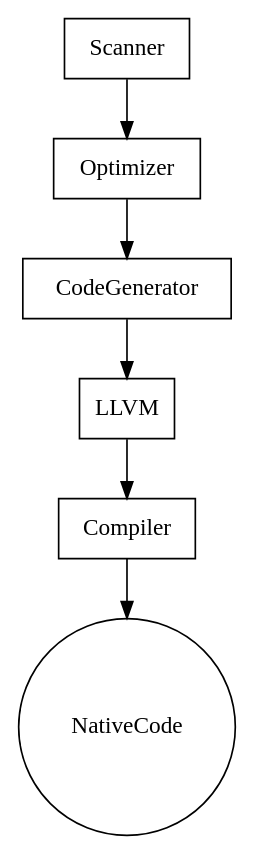
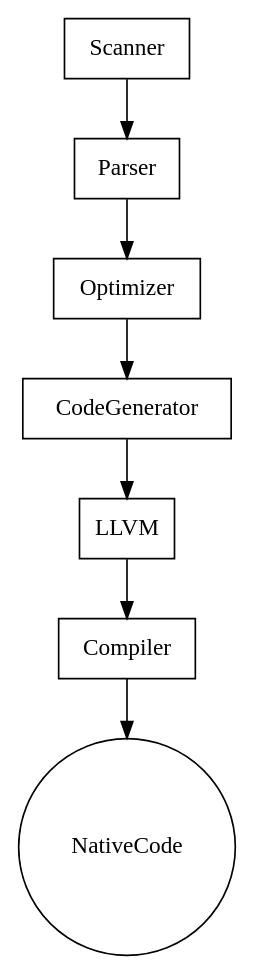
One commit to MaximeGaudin/YABOC changed the diagram in doc/src/img/Architecture.dot. Above: the diagram before and after it, drawn with Graphviz. The commit also changed 7 other files, not shown here.

```diff
--- a/doc/src/img/Architecture.dot
+++ b/doc/src/img/Architecture.dot
@@ -1,11 +1,12 @@
 digraph G{
 	node [shape=box];
 
-	Scanner->Optimizer;
+	Scanner->Parser;
+	Parser->Optimizer;
 	Optimizer->CodeGenerator;
 	CodeGenerator->LLVM;
 	LLVM->Compiler;
 	Compiler->NativeCode;
 
 	NativeCode [shape=circle];
 }
```
